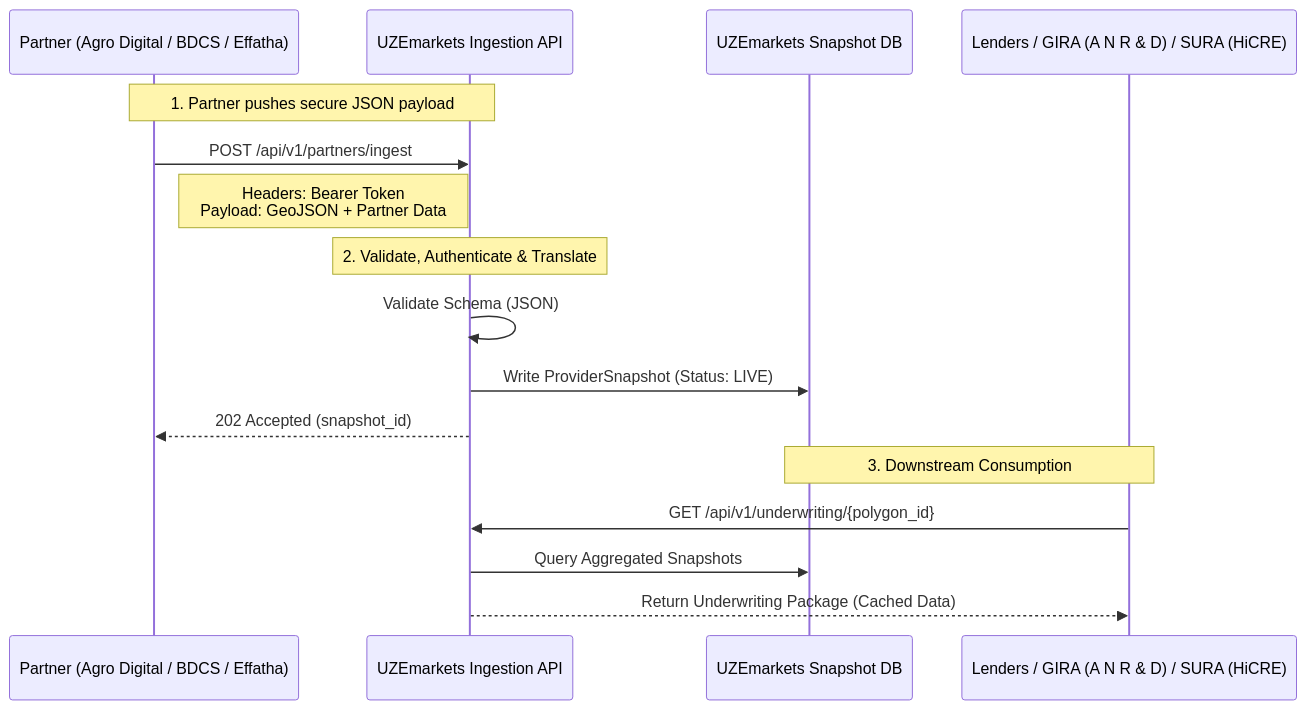
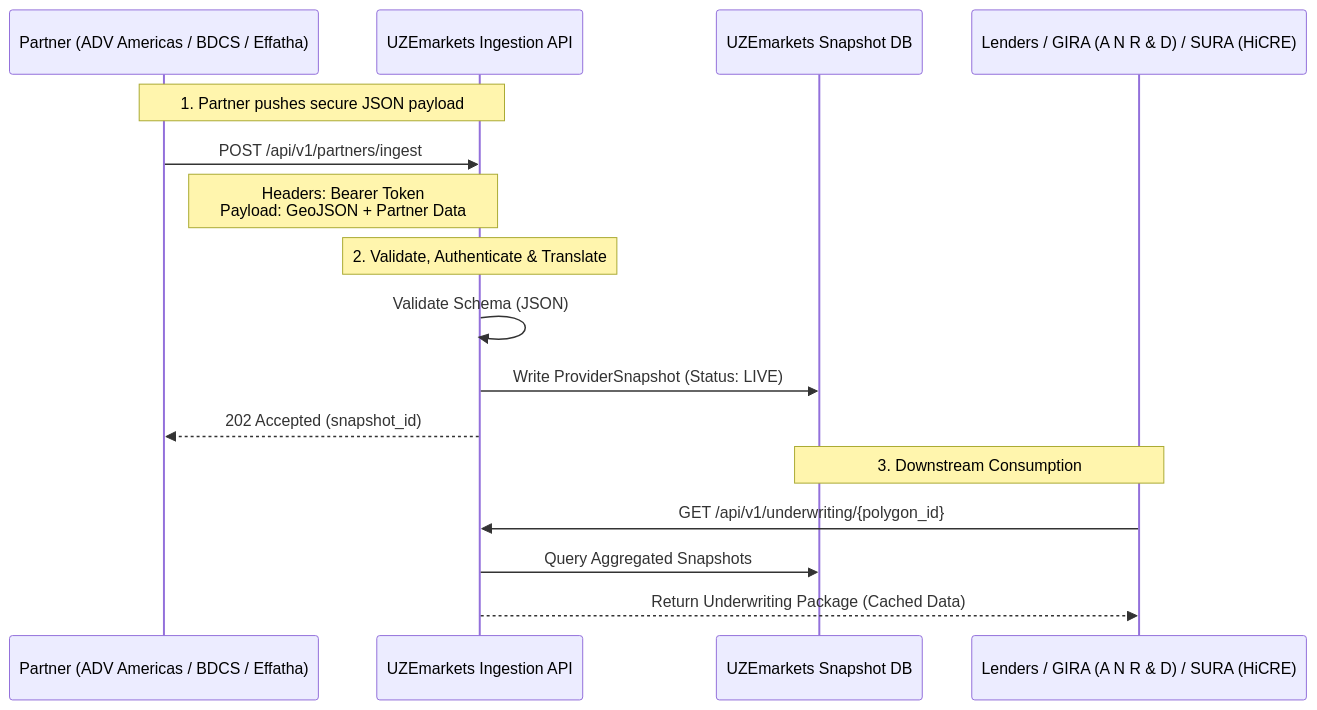
The diagram in partners/diagrams/03-ingestion-sequence.md (DEVBUILDSTACK/UZE), drawn with Mermaid before and after one commit. The commit also changed 10 other files, not shown here.

First line of the commit message:
Present the AGRO_DIGITAL partner as ADV Americas on public surfaces

````diff
--- a/partners/diagrams/03-ingestion-sequence.md
+++ b/partners/diagrams/03-ingestion-sequence.md
@@ -3,22 +3,22 @@
 ```mermaid
 sequenceDiagram
-    participant P as Partner (Agro Digital / BDCS / Effatha)
+    participant P as Partner (ADV Americas / BDCS / Effatha)
     participant API as UZEmarkets Ingestion API
     participant DB as UZEmarkets Snapshot DB
     participant L as Lenders / GIRA (A N R & D) / SURA (HiCRE)
 
     Note over P,API: 1. Partner pushes secure JSON payload
     P->>API: POST /api/v1/partners/ingest
     Note right of P: Headers: Bearer Token<br/>Payload: GeoJSON + Partner Data
 
     Note over API: 2. Validate, Authenticate & Translate
     API->>API: Validate Schema (JSON)
     API->>DB: Write ProviderSnapshot (Status: LIVE)
 
     API-->>P: 202 Accepted (snapshot_id)
 
     Note over DB,L: 3. Downstream Consumption
     L->>API: GET /api/v1/underwriting/{polygon_id}
     API->>DB: Query Aggregated Snapshots
     API-->>L: Return Underwriting Package (Cached Data)
 ```
````
